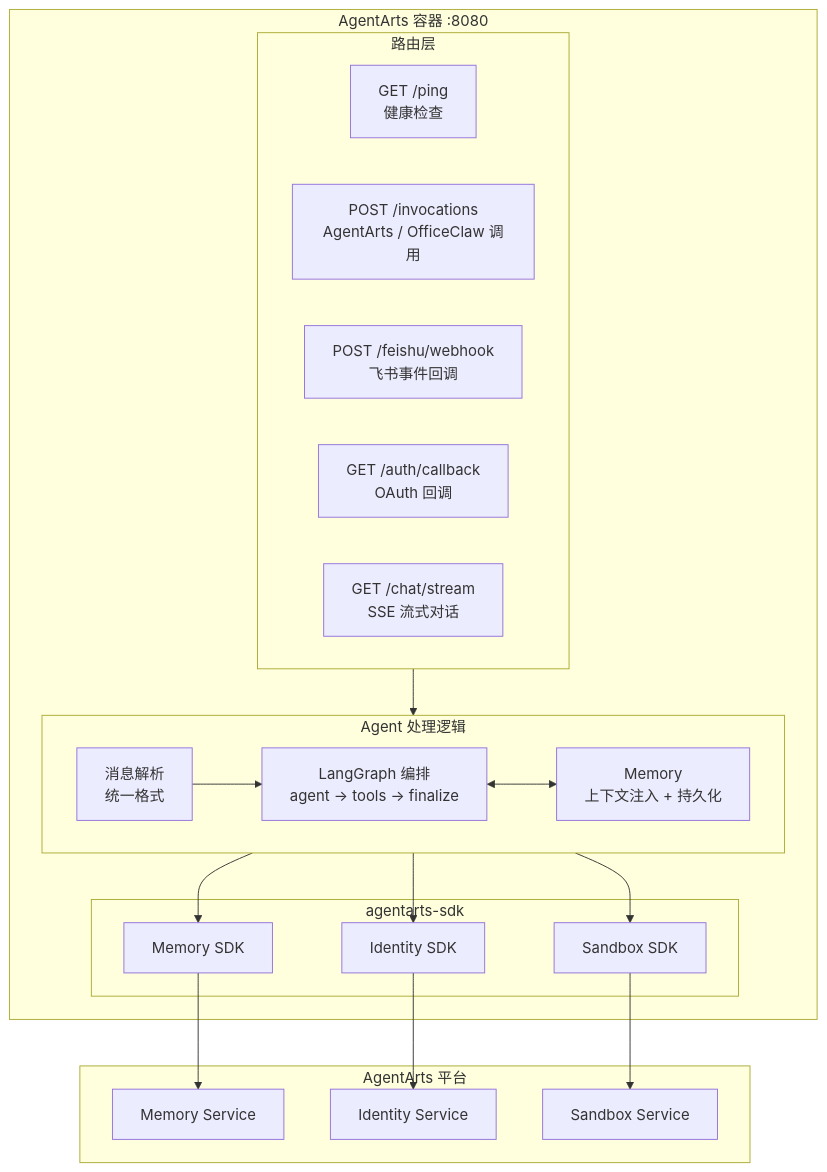
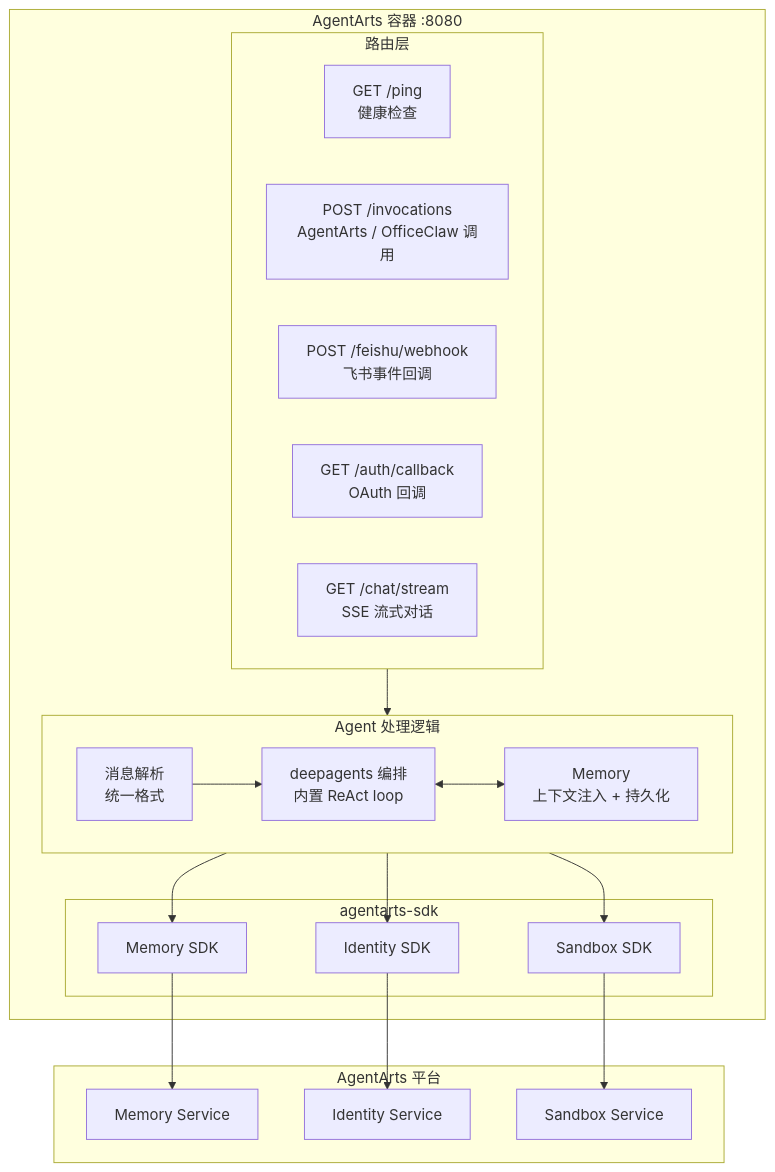
One commit to T-1009/personal-assistant changed the diagram in personal-assistant-meta/architecture/backend_architecture.md. Above: the diagram before and after it, drawn with Mermaid. The commit also changed other lines of this file and 5 other files, not shown here.

First line of the commit message:
docs: replace manual LangGraph orchestration with deepagents harness

````diff
--- a/personal-assistant-meta/architecture/backend_architecture.md
+++ b/personal-assistant-meta/architecture/backend_architecture.md
@@ -11,38 +11,38 @@
 ```mermaid
 flowchart TB
     subgraph Container["AgentArts 容器 :8080"]
         subgraph Routes["路由层"]
             Ping["GET /ping<br/>健康检查"]
             Invoke["POST /invocations<br/>AgentArts / OfficeClaw 调用"]
             FS_Webhook["POST /feishu/webhook<br/>飞书事件回调"]
             Auth_CB["GET /auth/callback<br/>OAuth 回调"]
             Chat_Stream["GET /chat/stream<br/>SSE 流式对话"]
         end
 
         subgraph Handler["Agent 处理逻辑"]
             direction LR
             Parse["消息解析<br/>统一格式"]
-            Orchestrate["LangGraph 编排<br/>agent → tools → finalize"]
+            Orchestrate["deepagents 编排<br/>内置 ReAct loop"]
             Memory["Memory<br/>上下文注入 + 持久化"]
         end
 
         subgraph SDK["agentarts-sdk"]
             MemSDK["Memory SDK"]
             IdentitySDK["Identity SDK"]
             SandboxSDK["Sandbox SDK"]
         end
     end
 
     subgraph Platform["AgentArts 平台"]
         MemSvc["Memory Service"]
         IdSvc["Identity Service"]
         SandSvc["Sandbox Service"]
     end
 
     Routes --> Parse
     Parse --> Orchestrate
     Orchestrate <--> Memory
     Memory --> MemSDK --> MemSvc
     Orchestrate --> IdentitySDK --> IdSvc
     Orchestrate --> SandboxSDK --> SandSvc
 ```
````
